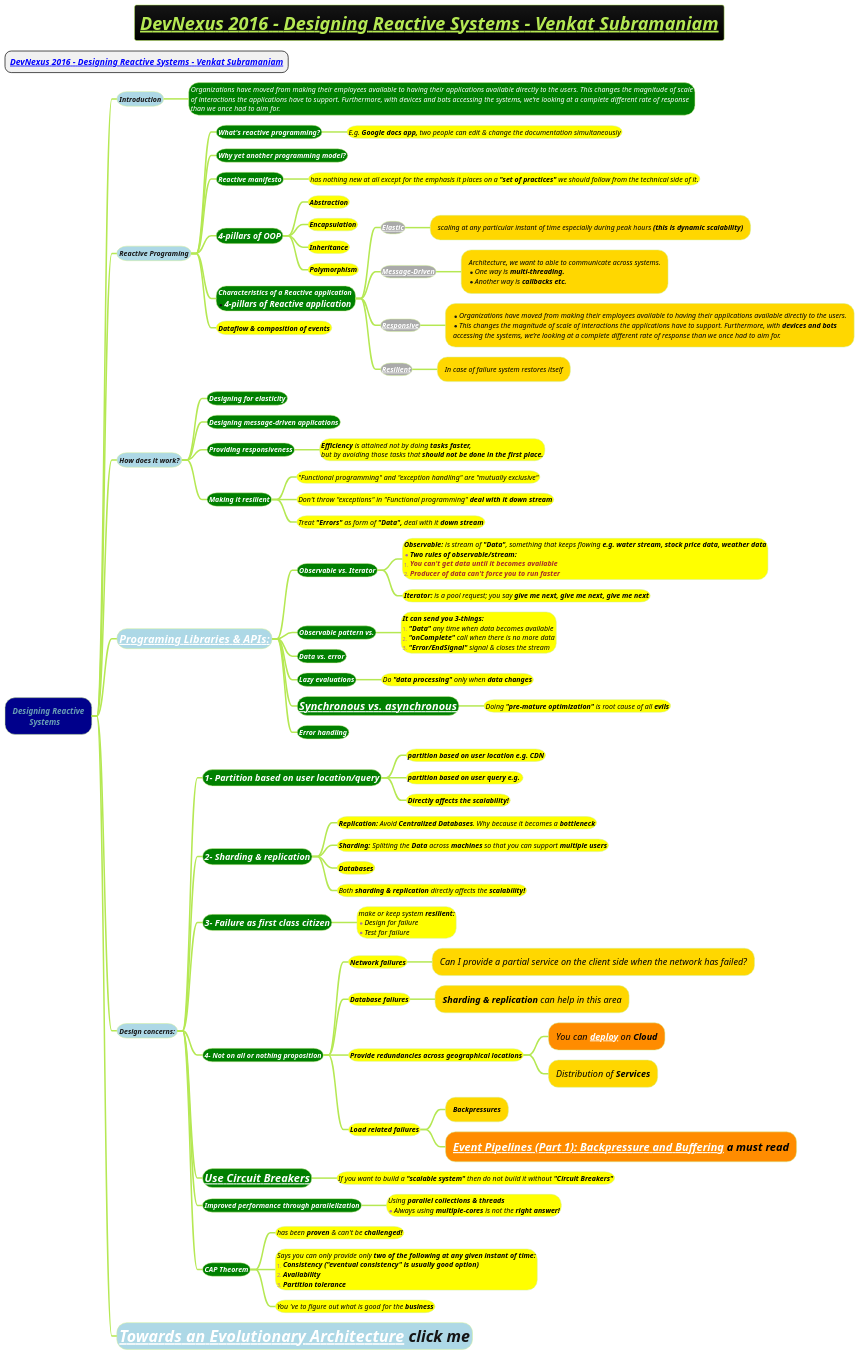
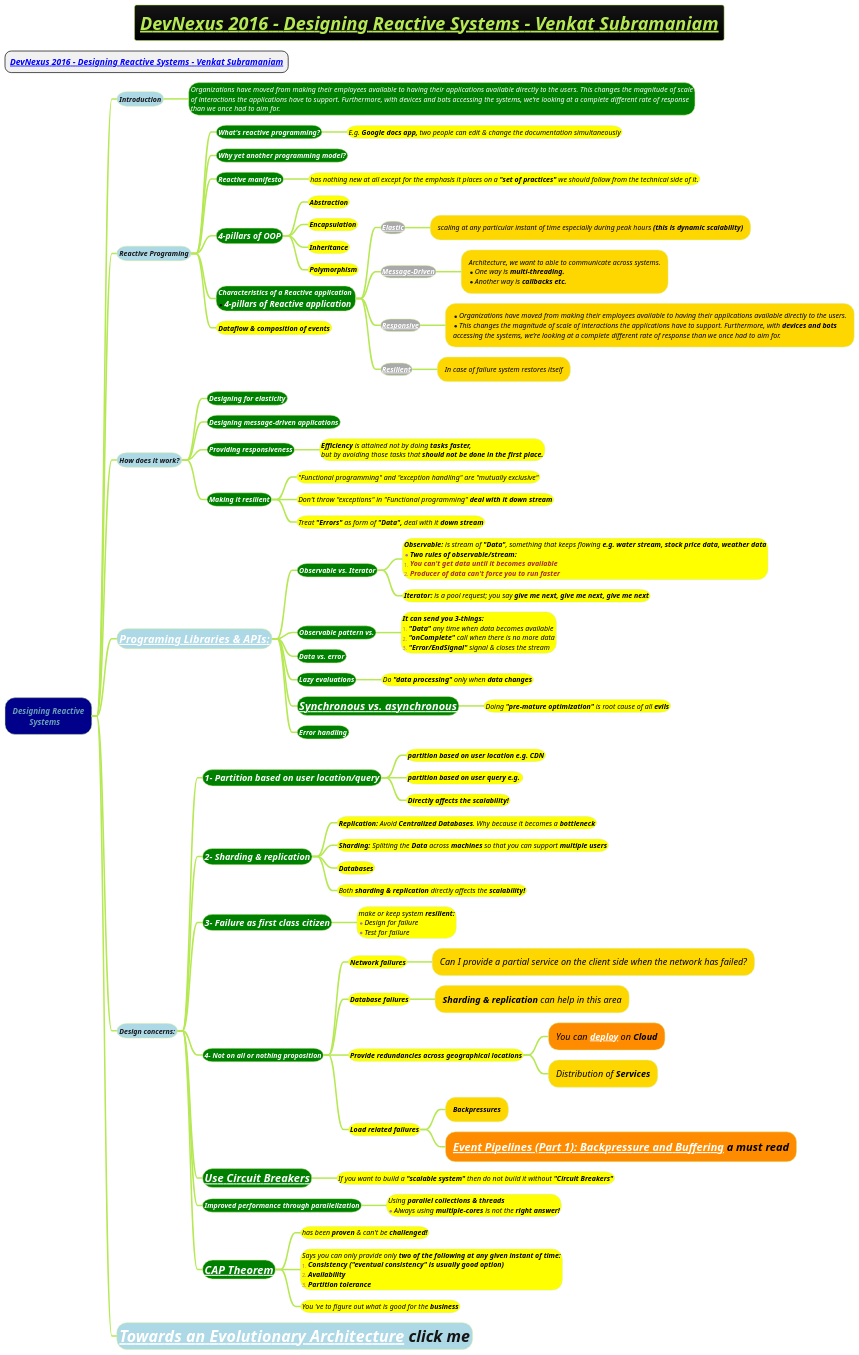
One commit to MehmoodHashmi/Documentation-as-Code-DaC changed the diagram in docs/3-programming-languages/Venkat-Subramaniam/Designing-Reactive-Systems.puml. Above: the diagram before and after it, drawn with PlantUML. The commit also changed 1 other file, not shown here.

```diff
--- a/docs/3-programming-languages/Venkat-Subramaniam/Designing-Reactive-Systems.puml
+++ b/docs/3-programming-languages/Venkat-Subramaniam/Designing-Reactive-Systems.puml
@@ -1,98 +1,98 @@
 @startmindmap
 title =<i><b><u>DevNexus 2016 - Designing Reactive Systems - Venkat Subramaniam
 
 * ===<i><b>[[https://www.youtube.com/watch?v=2k76zO2Q6vg&t=7003s&ab_channel=devnexus DevNexus 2016 - Designing Reactive Systems - Venkat Subramaniam]]
 !theme hacker
 
 *[#darkblue] <i>Designing Reactive\n<i>\tSystems
 **[#lightblue] <i><color #blac><size:14>Introduction
 ***[#green]:<i><color #white><size:14>Organizations have moved from making their employees available to having their applications available directly to the users. This changes the magnitude of scale
 <i><color #white><size:14>of interactions the applications have to support. Furthermore, with devices and bots accessing the systems, we’re looking at a complete different rate of response
 <i><color #white><size:14>than we once had to aim for.;
 
 **[#lightblue] <i><color #blac><size:14>Reactive Programing
 ***[#green] <i><color #white><size:14><b>What's reactive programming?
 ****[#yellow] <i><color #black><size:14>E.g. **Google docs app,** two people can edit & change the documentation simultaneously
 ***[#green] <i><color #white><size:14><b>Why yet another programming model?
 ***[#green] <i><color #white><size:14><b>Reactive manifesto
 ****[#yellow] <i><color #black><size:14>has nothing new at all except for the emphasis it places on a <b>"set of practices"</b> we should follow from the technical side of it.
 ***[#green] <i><color #white><size:14><i><color #white><size:17><b>4-pillars of OOP
 ****[#yellow] <b><i><color #black><size:14>Abstraction
 ****[#yellow] <b><i><color #black><size:14>Encapsulation
 ****[#yellow] <b><i><color #black><size:14>Inheritance
 ****[#yellow] <b><i><color #black><size:14>Polymorphism
 ***[#green] <i><color #white><size:14><b>Characteristics of a Reactive application \n*<i><color #white><size:17><b>4-pillars of Reactive application
 ****[#a] <b><i><color #black><size:14>[[docs/3-programming-languages/architectural-characteristics/Elasticity.puml Elastic]]
 *****[#gold] <i><color #black><size:14>scaling at any particular instant of time especially during peak hours <b>(this is dynamic scalability)
 ****[#a] <b><i><color #black><size:14>[[docs/3-programming-languages/Venkat-Subramaniam/Message-Driven.puml Message-Driven]]
 *****[#gold]:<i><color #black><size:14>Architecture, we want to able to communicate across systems.
 *<i><color #black><size:14>One way is <b>multi-threading.
 *<i><color #black><size:14>Another way is <b>callbacks etc.;
 ****[#a] <b><i><color #black><size:14>[[docs/3-programming-languages/Venkat-Subramaniam/Responsiveness.puml Responsive]]
 *****[#gold]:*<i><color #black><size:14>Organizations have moved from making their employees available to having their applications available directly to the users.
 *<i><color #black><size:14>This changes the magnitude of scale of interactions the applications have to support. Furthermore, with <b>devices and bots
 <i><color #black><size:14>accessing the systems, we’re looking at a complete different rate of response than we once had to aim for.;
 ****[#a] <b><i><color #black><size:14>[[docs/3-programming-languages/Venkat-Subramaniam/Resilient.puml Resilient]]
 *****[#gold] <i><color #black><size:14>In case of failure system restores itself
 ***[#yellow] <b><i><color #black><size:14>Dataflow & composition of events
 **[#lightblue] <i><color #blac><size:14>How does it work?
 ***[#green] <i><color #white><size:14><b>Designing for elasticity
 ***[#green] <i><color #white><size:14><b>Designing message-driven applications
 ***[#green] <i><color #white><size:14><b>Providing responsiveness
 ****[#yellow] <i><color #black><size:14><b>Efficiency</b> is attained not by doing <b>tasks faster,\n<i><color #black><size:14>but by avoiding those tasks that <b>should not be done in the first place.
 ***[#green] <i><color #white><size:14><b>Making it resilient
 ****[#yellow] <i><color #black><size:14>"Functional programming" and "exception handling" are "mutually exclusive"
 ****[#yellow] <i><color #black><size:14>Don't throw "exceptions" in "Functional programming" <b>deal with it down stream
 ****[#yellow] <i><color #black><size:14>Treat <b>"Errors"</b> as form of <b>"Data",</b> deal with it <b>down stream
 **[#lightblue] <i><color #blac><size:22>[[Reactive-Data-Stream.puml Programing Libraries & APIs:]]
 ***[#green] <i><color #white><size:14><b>Observable vs. Iterator
 ****[#yellow]:<i><color #black><size:14><b>Observable:</b> is stream of <b>"Data"</b>, something that keeps flowing <b>e.g. water stream, stock price data, weather data
 *<i><color #black><size:14><b>Two rules of observable/stream:
 #<i><color #brown><size:14><b>You can't get data until it becomes available
 #<i><color #brown><size:14><b>Producer of data can't force you to run faster;
 ****[#yellow] <i><color #black><size:14><b>Iterator:</b> is a pool request; you say <b>give me next, give me next, give me next
 ***[#green] <i><color #white><size:14><b>Observable pattern vs.
 ****[#yellow]:<i><color #black><size:14><b>It can send you 3-things:</b>
 #<i><color #black><size:14>**"Data"** any time when data becomes available
 #<i><color #black><size:14>**"onComplete"** call when there is no more data
 #<i><color #black><size:14>**"Error/EndSignal"** signal & closes the stream;
 
 ***[#green] <i><color #white><size:14><b>Data vs. error
 ***[#green] <i><color #white><size:14><b>Lazy evaluations
 ****[#yellow] <i><color #black><size:14>Do <b>"data processing"</b> only when <b>data changes
 ***[#green] <i><color #white><size:22><b>[[docs/3-programming-languages/Venkat-Subramaniam/Asynchronous-Programming-in-Java-Options-to-Choose-from.puml Synchronous vs. asynchronous]]
 ****[#yellow] <i><color #black><size:14>Doing <b>"pre-mature optimization"</b> is root cause of all <b>evils
 ***[#green] <i><color #white><size:14><b>Error handling
 **[#lightblue] <i><color #blac><size:14>Design concerns:
 ***[#green] <i><color #white><size:18><b>1- Partition based on user location/query
 ****[#yellow] <i><color #black><size:14><b>partition based on user location e.g. CDN</b>
 ****[#yellow] <i><color #black><size:14><b>partition based on user query e.g. </b>
 ****[#yellow] <i><color #black><size:14><b>Directly affects the scalability!
 ***[#green] <i><color #white><size:18><b>2- Sharding & replication
 ****[#yellow] <i><color #black><size:14>**Replication:** Avoid <b>Centralized Databases</b>. Why because it becomes a <b>bottleneck
 ****[#yellow] <i><color #black><size:14>**Sharding:** Splitting the <b>Data</b> across **machines** so that you can support <b>multiple users
 ****[#yellow] <i><color #black><size:14><b>Databases</b>
 ****[#yellow] <i><color #black><size:14>Both **sharding & replication** directly affects the <b>scalability!
 ***[#green] <i><color #white><size:18><b>3- Failure as first class citizen
 ****[#yellow] <i><color #black><size:14>make or keep system <b>resilient:\n*<i><color #black><size:14>Design for failure\n*<i><color #black><size:14>Test for failure
 ***[#green] <i><color #white><size:14><b>4- Not on all or nothing proposition
 ****[#yellow] <i><color #black><size:14><b>Network failures</b>
 *****[#gold] <i><color #black><size:18>Can I provide a partial service on the client side when the network has failed?
 ****[#yellow] <i><color #black><size:14><b>Database failures</b>
 *****[#gold] <i><color #black><size:18>**Sharding & replication** can help in this area
 ****[#yellow] <i><color #black><size:14><b>Provide redundancies across geographical locations</b>
 *****[#darkorange] <i><color #black><size:18>You can **[[docs/3-programming-languages/architectural-characteristics/Deployability.puml deploy]]** on <b>Cloud
 *****[#gold] <i><color #black><size:18>Distribution of <b>Services</b>
 ****[#yellow] <i><color #black><size:14><b>Load related failures</b>
 *****[#gold] <i><color #black><size:14><b>Backpressures</b>
 *****[#darkorange] <i><color #black><size:22><b>[[https://zendesk.engineering/event-pipelines-part-1-backpressure-and-buffering-1bba0ed3451e Event Pipelines (Part 1): Backpressure and Buffering]] a must read
 ***[#green] <i><color #white><size:22><b>[[docs/3-programming-languages/Venkat-Subramaniam/Circuit-Breaker.puml Use Circuit Breakers]]
 ****[#yellow] <i><color #black><size:14>If you want to build a <b>"scalable system"</b> then do not build it without <b>"Circuit Breakers"</b>
 ***[#green] <i><color #white><size:14><b>Improved performance through parallelization
 ****[#yellow] <i><color #black><size:14>Using <b>parallel collections & threads\n*<i><color #black><size:14>Always using **multiple-cores** is not the <b>right answer!
-***[#green] <i><color #white><size:14><b>CAP Theorem
+***[#green] <i><color #white><size:22><b>[[docs/books/1-books-backlog/DBMS/CAP-Theorem.puml CAP Theorem]]
 ****[#yellow] <i><color #black><size:14>has been **proven** & can't be <b>challenged!
 ****[#yellow] <i><color #black><size:14>Says you can only provide only <b>two of the following at any given instant of time:\n#<b><i><color #black><size:14>Consistency ("eventual consistency" is usually good option)\n#<b><i><color #black><size:14>Availability\n#<b><i><color #black><size:14>Partition tolerance
 ****[#yellow] <i><color #black><size:14>You 've to figure out what is good for the <b>business
 **[#lightblue] <i><color #blac><size:32>[[docs/3-programming-languages/Venkat-Subramaniam/Towards-an-Evolutionary-Architecture.puml Towards an Evolutionary Architecture]] click me
 @endmindmap
```
